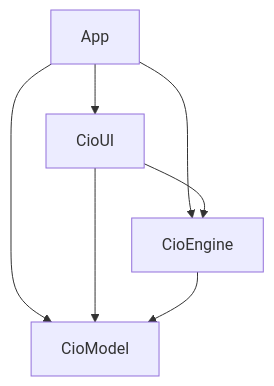
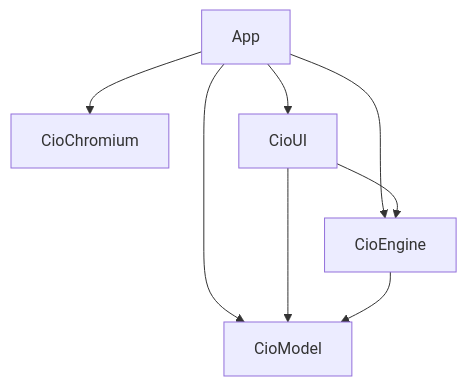
Before and after one commit to Cerbur/Cio: the diagram in ARCHITECTURE.md, drawn with Mermaid. The commit also changed other lines of this file and 69 other files, not shown here.

````diff
--- a/ARCHITECTURE.md
+++ b/ARCHITECTURE.md
@@ -40,9 +49,10 @@
 ```mermaid
 graph TD
+  App --> CioChromium
   App --> CioUI
   App --> CioEngine
   App --> CioModel
   CioUI --> CioEngine
   CioUI --> CioModel
   CioEngine --> CioModel
 ```
````
